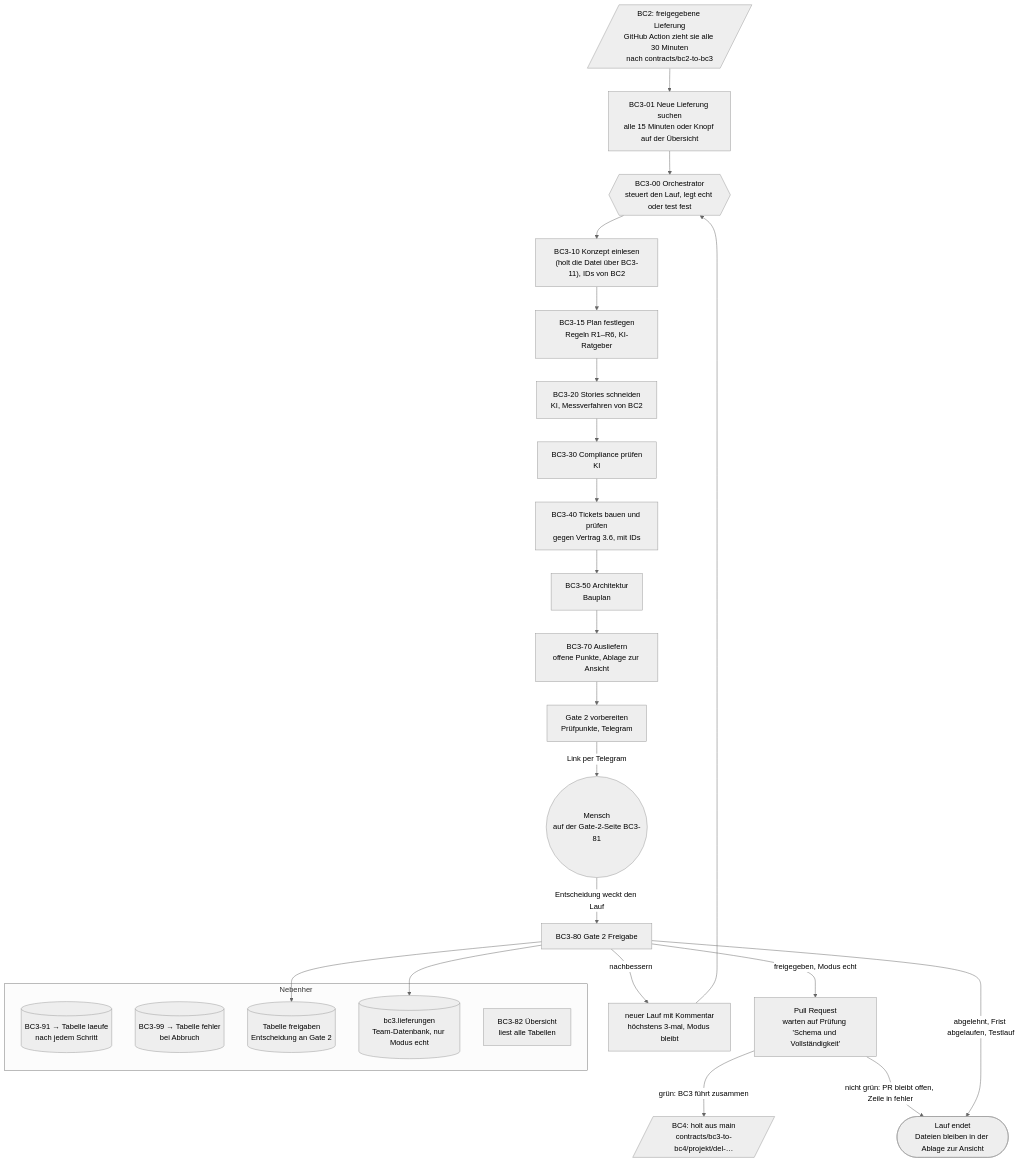
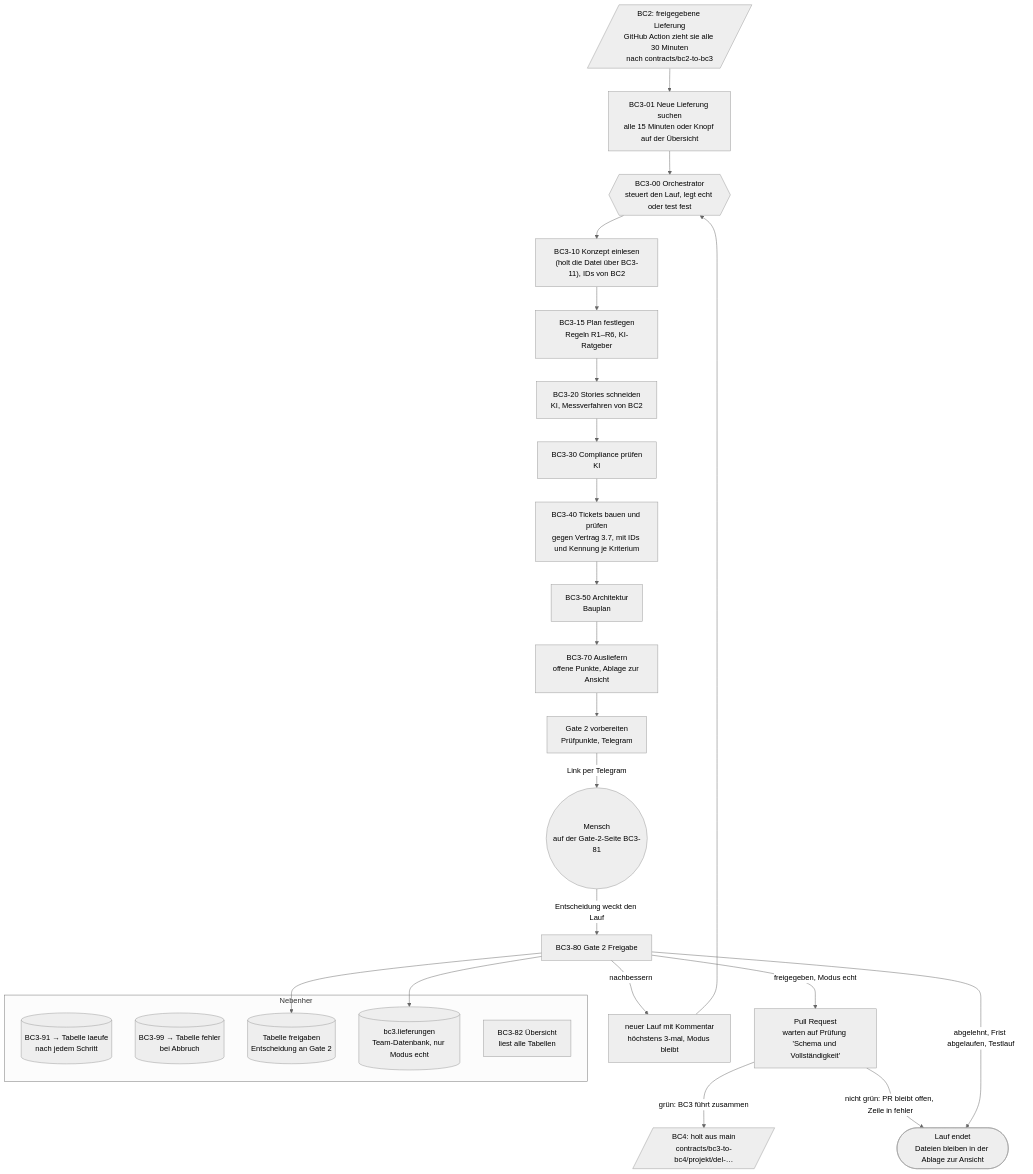
One commit to pg-coe-kmu/coe-factory changed the diagram in bc3-engineering-architect/ablauf-slicer.md. Above: the diagram before and after it, drawn with Mermaid (neutral theme). The commit also changed other lines of this file and 6 other files, not shown here.

````diff
--- a/bc3-engineering-architect/ablauf-slicer.md
+++ b/bc3-engineering-architect/ablauf-slicer.md
@@ -17,40 +17,40 @@
 ```mermaid
 flowchart TD
   BC2A[/"BC2: freigegebene Lieferung<br>GitHub Action zieht sie alle 30 Minuten<br>nach contracts/bc2-to-bc3"/]
   B01["BC3-01 Neue Lieferung suchen<br>alle 15 Minuten oder Knopf auf der Übersicht"]
   B00{{"BC3-00 Orchestrator<br>steuert den Lauf, legt echt oder test fest"}}
   B10["BC3-10 Konzept einlesen<br>(holt die Datei über BC3-11), IDs von BC2"]
   B15["BC3-15 Plan festlegen<br>Regeln R1–R6, KI-Ratgeber"]
   B20["BC3-20 Stories schneiden<br>KI, Messverfahren von BC2"]
   B30["BC3-30 Compliance prüfen<br>KI"]
-  B40["BC3-40 Tickets bauen und prüfen<br>gegen Vertrag 3.6, mit IDs"]
+  B40["BC3-40 Tickets bauen und prüfen<br>gegen Vertrag 3.7, mit IDs und Kennung je Kriterium"]
   B50["BC3-50 Architektur<br>Bauplan"]
   B70["BC3-70 Ausliefern<br>offene Punkte, Ablage zur Ansicht"]
   G2P["Gate 2 vorbereiten<br>Prüfpunkte, Telegram"]
   MENSCH(("Mensch<br>auf der Gate-2-Seite BC3-81"))
   B80["BC3-80 Gate 2 Freigabe"]
   PR["Pull Request<br>warten auf Prüfung 'Schema und Vollständigkeit'"]
   BC4[/"BC4: holt aus main<br>contracts/bc3-to-bc4/projekt/del-…"/]
   NEU["neuer Lauf mit Kommentar<br>höchstens 3-mal, Modus bleibt"]
   ENDE(["Lauf endet<br>Dateien bleiben in der Ablage zur Ansicht"])
 
   BC2A --> B01 --> B00
   B00 --> B10 --> B15 --> B20 --> B30 --> B40 --> B50 --> B70 --> G2P
   G2P -- "Link per Telegram" --> MENSCH
   MENSCH -- "Entscheidung weckt den Lauf" --> B80
   B80 -- "freigegeben, Modus echt" --> PR
   PR -- "grün: BC3 führt zusammen" --> BC4
   PR -- "nicht grün: PR bleibt offen, Zeile in fehler" --> ENDE
   B80 -- "nachbessern" --> NEU --> B00
   B80 -- "abgelehnt, Frist abgelaufen, Testlauf" --> ENDE
 
   subgraph Nebenher
     B91[("BC3-91 → Tabelle laeufe<br>nach jedem Schritt")]
     B99[("BC3-99 → Tabelle fehler<br>bei Abbruch")]
     FR[("Tabelle freigaben<br>Entscheidung an Gate 2")]
     LF[("bc3.lieferungen<br>Team-Datenbank, nur Modus echt")]
     B82["BC3-82 Übersicht<br>liest alle Tabellen"]
   end
   B80 --> FR
   B80 --> LF
 ```
````
